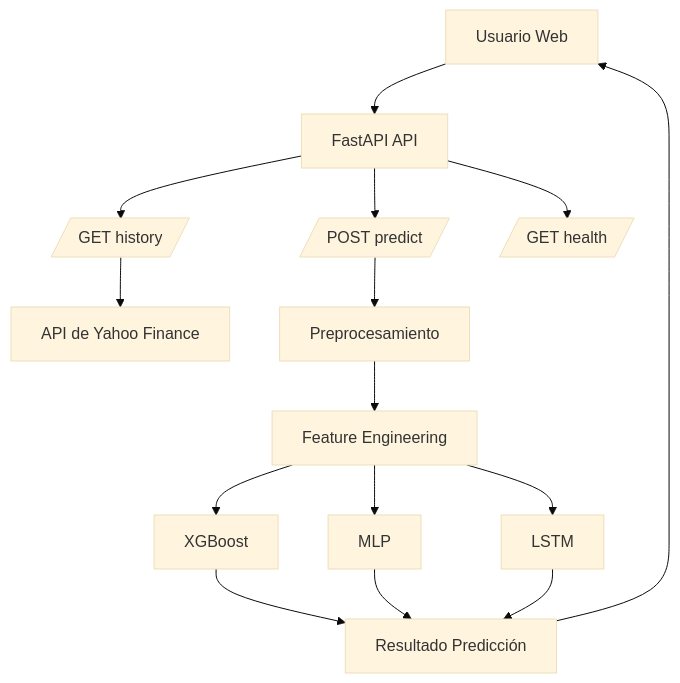
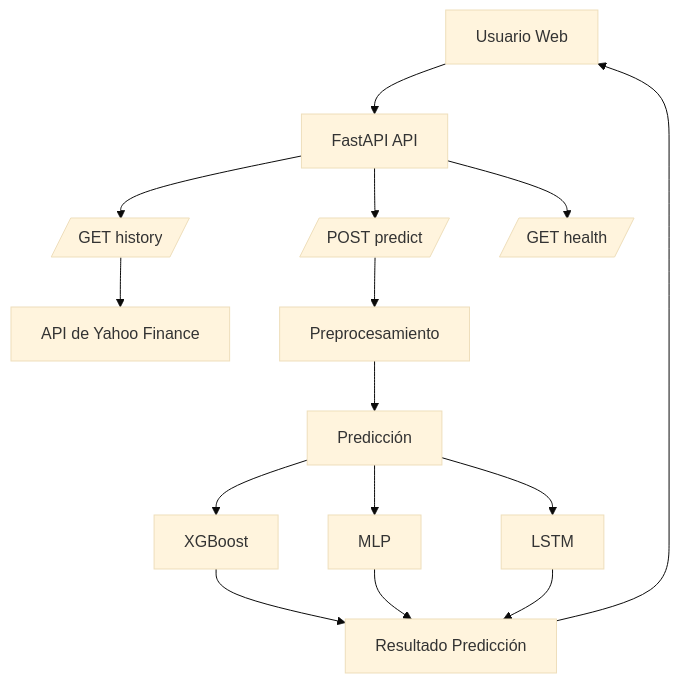
One commit to davidSRA/proyecto_Modulo6_MLDS changed the first of 2 diagrams in docs/deployment/deploymentdoc.md. Above: the diagram before and after it, drawn with Mermaid (base theme).

````diff
--- a/docs/deployment/deploymentdoc.md
+++ b/docs/deployment/deploymentdoc.md
@@ -37,24 +37,24 @@
 ```mermaid
 flowchart TD
 
 A[Usuario Web] --> B[FastAPI API]
 
 B --> C[/GET history/]
 B --> D[/POST predict/]
 B --> E[/GET health/]
 
 C --> F[API de Yahoo Finance]
 
 D --> G[Preprocesamiento]
-G --> H[Feature Engineering]
+G --> H[Predicción]
 
 H --> I[XGBoost]
 H --> J[MLP]
 H --> K[LSTM]
 
 I --> L[Resultado Predicción]
 J --> L
 K --> L
 
 L --> A
 ```
````
